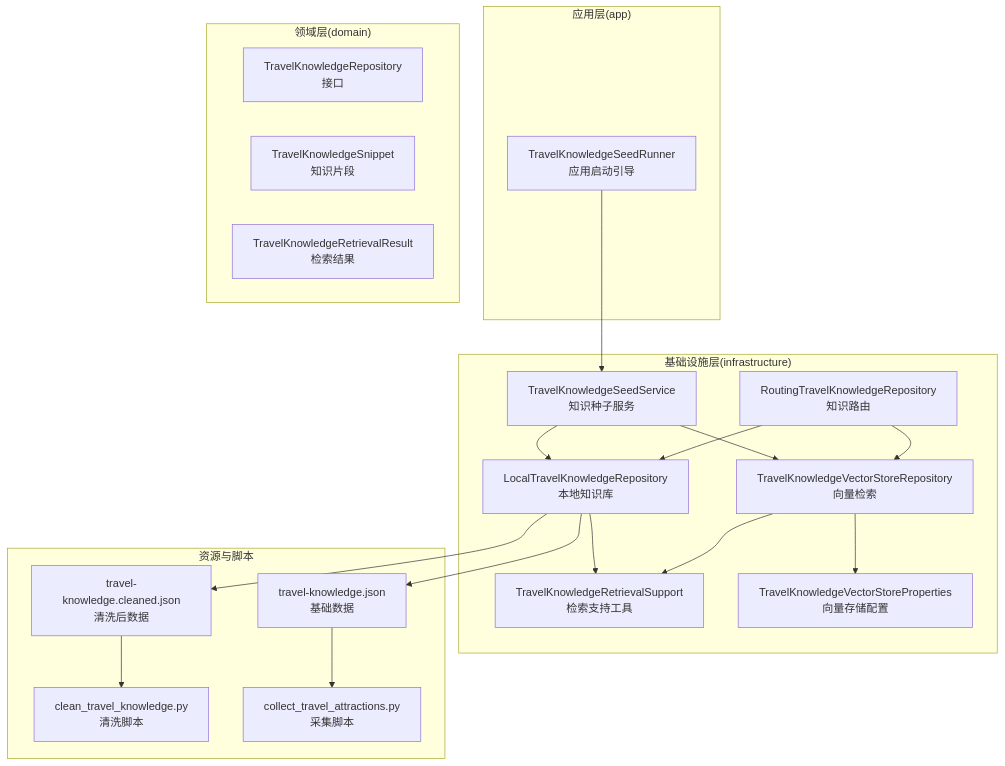
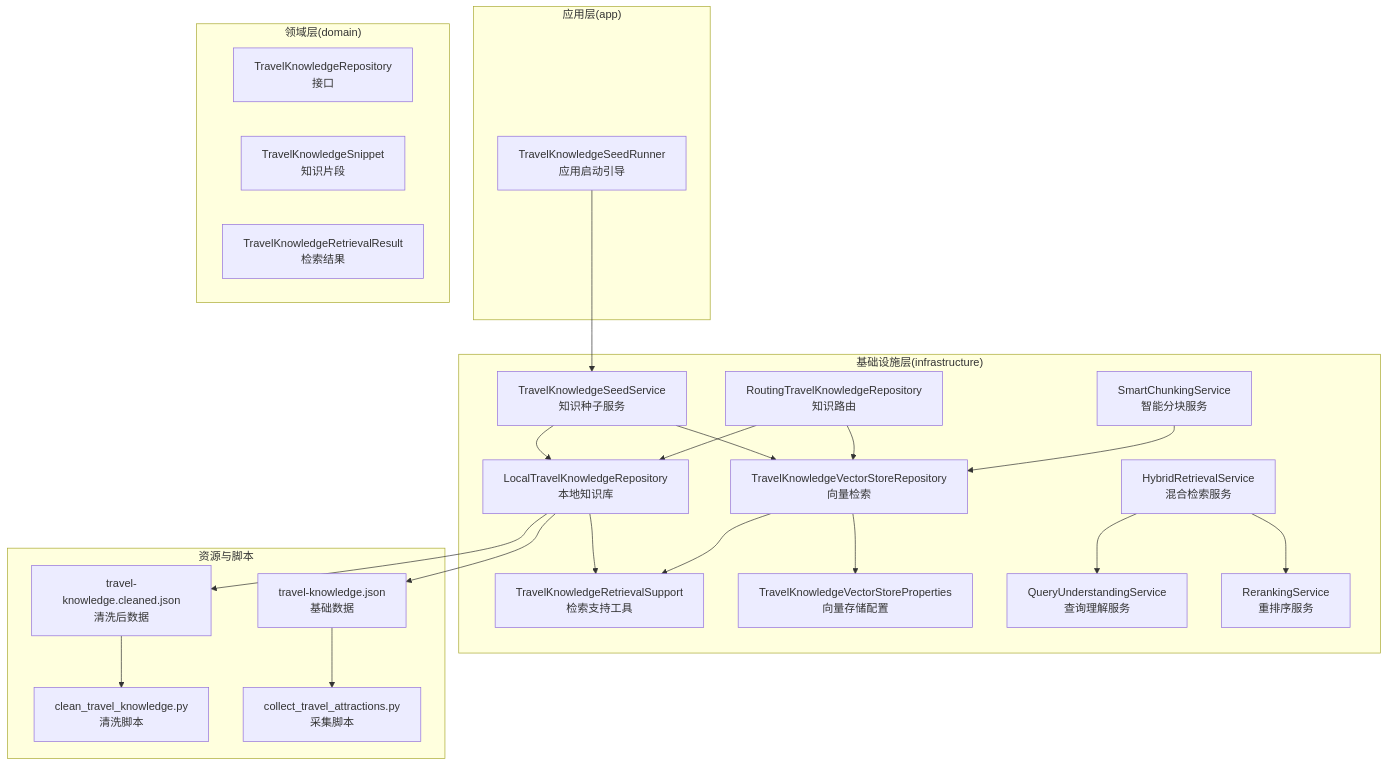
Before and after one commit to Sinlair/TravelAgent: the first of 8 diagrams in .qoder/repowiki/zh/content/知识管理系统/知识管理系统.md, drawn with Mermaid. The commit also changed other lines of this file and 53 other files, not shown here.

````diff
--- a/.qoder/repowiki/zh/content/知识管理系统/知识管理系统.md
+++ b/.qoder/repowiki/zh/content/知识管理系统/知识管理系统.md
@@ -46,37 +62,44 @@
 ```mermaid
 graph TB
 subgraph "应用层(app)"
 SeedRunner["TravelKnowledgeSeedRunner<br/>应用启动引导"]
 end
 subgraph "基础设施层(infrastructure)"
 LocalRepo["LocalTravelKnowledgeRepository<br/>本地知识库"]
 RouteRepo["RoutingTravelKnowledgeRepository<br/>知识路由"]
 VectorRepo["TravelKnowledgeVectorStoreRepository<br/>向量检索"]
 SeedSvc["TravelKnowledgeSeedService<br/>知识种子服务"]
 Support["TravelKnowledgeRetrievalSupport<br/>检索支持工具"]
 Props["TravelKnowledgeVectorStoreProperties<br/>向量存储配置"]
+Hybrid["HybridRetrievalService<br/>混合检索服务"]
+Query["QueryUnderstandingService<br/>查询理解服务"]
+Rerank["RerankingService<br/>重排序服务"]
+Chunk["SmartChunkingService<br/>智能分块服务"]
 end
 subgraph "领域层(domain)"
 RepoIface["TravelKnowledgeRepository<br/>接口"]
 Snippet["TravelKnowledgeSnippet<br/>知识片段"]
 Result["TravelKnowledgeRetrievalResult<br/>检索结果"]
 end
 subgraph "资源与脚本"
 BaseJson["travel-knowledge.json<br/>基础数据"]
 CleanedJson["travel-knowledge.cleaned.json<br/>清洗后数据"]
 CleanScript["clean_travel_knowledge.py<br/>清洗脚本"]
 CollectScript["collect_travel_attractions.py<br/>采集脚本"]
 end
 SeedRunner --> SeedSvc
 SeedSvc --> LocalRepo
 SeedSvc --> VectorRepo
 RouteRepo --> LocalRepo
 RouteRepo --> VectorRepo
 VectorRepo --> Props
 LocalRepo --> Support
 VectorRepo --> Support
+Hybrid --> Query
+Hybrid --> Rerank
+Chunk --> VectorRepo
 LocalRepo --> BaseJson
 LocalRepo --> CleanedJson
 CleanedJson --> CleanScript
 BaseJson --> CollectScript
 ```
````
